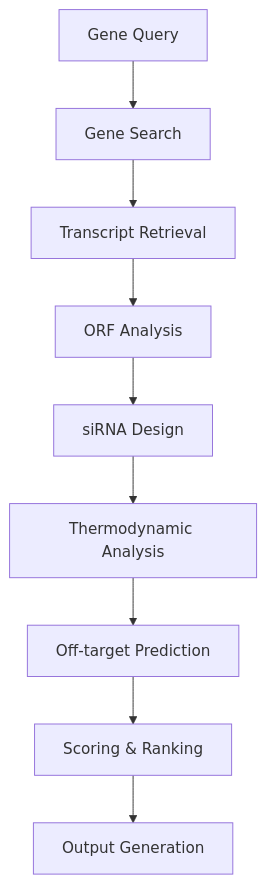
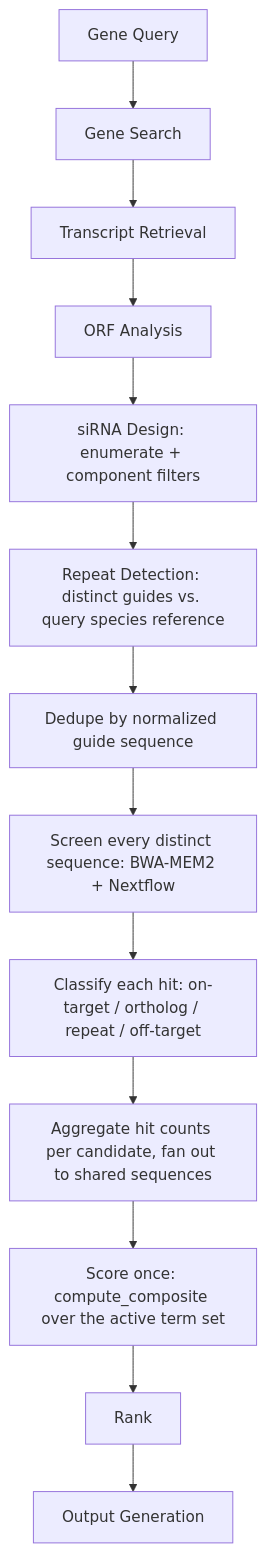
One commit to Austin-s-h/sirnaforge changed the first of 2 diagrams in docs/developer/architecture.md. Above: the diagram before and after it, drawn with Mermaid. The commit also changed other lines of this file and 7 other files, not shown here.

````diff
--- a/docs/developer/architecture.md
+++ b/docs/developer/architecture.md
@@ -503,11 +600,15 @@
 ```{mermaid}
 graph TD
     A[Gene Query] --> B[Gene Search]
     B --> C[Transcript Retrieval]
     C --> D[ORF Analysis]
-    D --> E[siRNA Design]
-    E --> F[Thermodynamic Analysis]
-    F --> G[Off-target Prediction]
-    G --> H[Scoring & Ranking]
-    H --> I[Output Generation]
+    D --> E[siRNA Design: enumerate + component filters]
+    E --> F[Repeat Detection: distinct guides vs. query species reference]
+    F --> G[Dedupe by normalized guide sequence]
+    G --> H[Screen every distinct sequence: BWA-MEM2 + Nextflow]
+    H --> I[Classify each hit: on-target / ortholog / repeat / off-target]
+    I --> J[Aggregate hit counts per candidate, fan out to shared sequences]
+    J --> K[Score once: compute_composite over the active term set]
+    K --> L[Rank]
+    L --> M[Output Generation]
 ```
````
